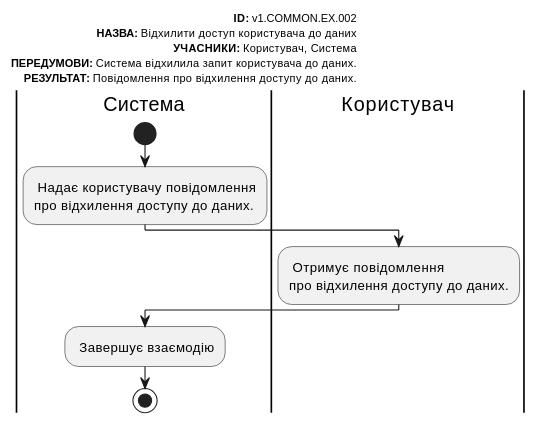
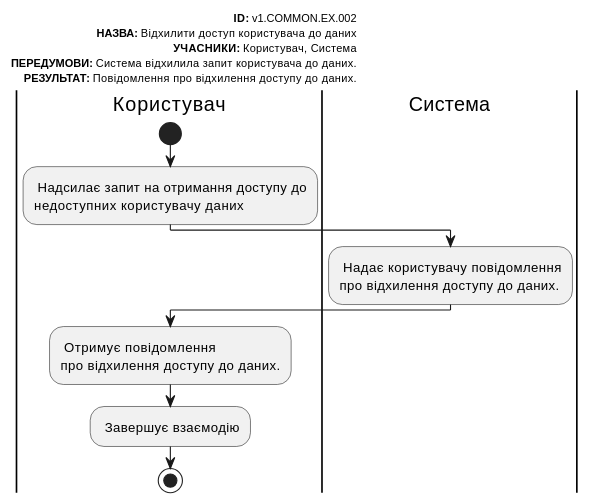
Before and after one commit to Znskiy/survey-expert: diagram 14 of 18 in docs/use cases/README.md, drawn with PlantUML. The commit also changed other lines of this file, not shown here.

```diff
--- a/docs/use cases/README.md
+++ b/docs/use cases/README.md
@@ -841,20 +823,22 @@
 @startuml
   
     left header
          <font color=000 size=10><b>ID:</b> v1.COMMON.EX.002
          <font color=000 size=10><b>НАЗВА:</b> Відхилити доступ користувача до даних
          <font color=000 size=10><b>УЧАСНИКИ:</b> Користувач, Система 
          <font color=000 size=10><b>ПЕРЕДУМОВИ:</b> Система відхилила запит користувача до даних.
          <font color=000 size=10><b>РЕЗУЛЬТАТ:</b> Повідомлення про відхилення доступу до даних.
      end header
+     |Користувач|
+         start
+         : Надсилає запит на отримання доступу до
+         недоступних користувачу даних;             
      |Система|
-         start
          : Надає користувачу повідомлення 
          про відхилення доступу до даних.;
      |Користувач| 
          : Отримує повідомлення 
          про відхилення доступу до даних.;
-     |Система|
          : Завершує взаємодію;
          stop;
 @enduml
```
